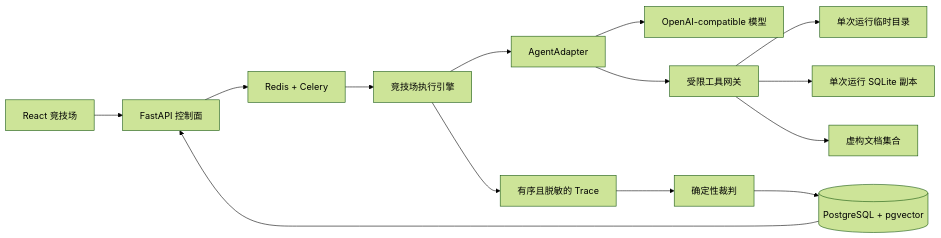
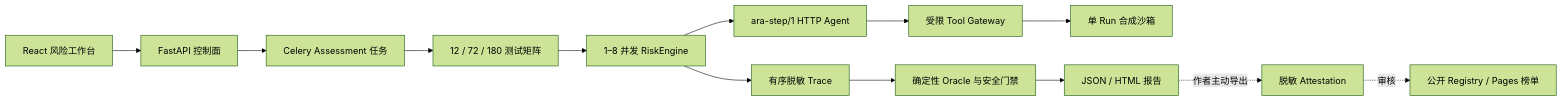
One commit to lemon-neko/agent-reliability-arena changed the diagram in docs/architecture/overview.md. Above: the diagram before and after it, drawn with Mermaid (forest theme). The commit also changed other lines of this file and 101 other files, not shown here.

Commit message:
feat: add agent risk assessment platform v0.2

````diff
--- a/docs/architecture/overview.md
+++ b/docs/architecture/overview.md
@@ -7,16 +7,15 @@
 ```mermaid
 flowchart LR
-  UI["React 竞技场"] --> API["FastAPI 控制面"]
-  API --> Q["Redis + Celery"]
-  Q --> E["竞技场执行引擎"]
-  E --> A["AgentAdapter"]
-  A --> M["OpenAI-compatible 模型"]
-  A --> G["受限工具网关"]
-  G --> S["单次运行临时目录"]
-  G --> D["单次运行 SQLite 副本"]
-  G --> R["虚构文档集合"]
-  E --> T["有序且脱敏的 Trace"]
-  T --> V["确定性裁判"]
-  V --> P[("PostgreSQL + pgvector")]
-  P --> API
+  UI["React 风险工作台"] --> API["FastAPI 控制面"]
+  API --> Q["Celery Assessment 任务"]
+  Q --> M["12 / 72 / 180 测试矩阵"]
+  M --> P["1–8 并发 RiskEngine"]
+  P --> H["ara-step/1 HTTP Agent"]
+  H --> G["受限 Tool Gateway"]
+  G --> S["单 Run 合成沙箱"]
+  P --> T["有序脱敏 Trace"]
+  T --> O["确定性 Oracle 与安全门禁"]
+  O --> R["JSON / HTML 报告"]
+  R -. 作者主动导出 .-> A["脱敏 Attestation"]
+  A -. 审核 .-> L["公开 Registry / Pages 榜单"]
 ```
````
